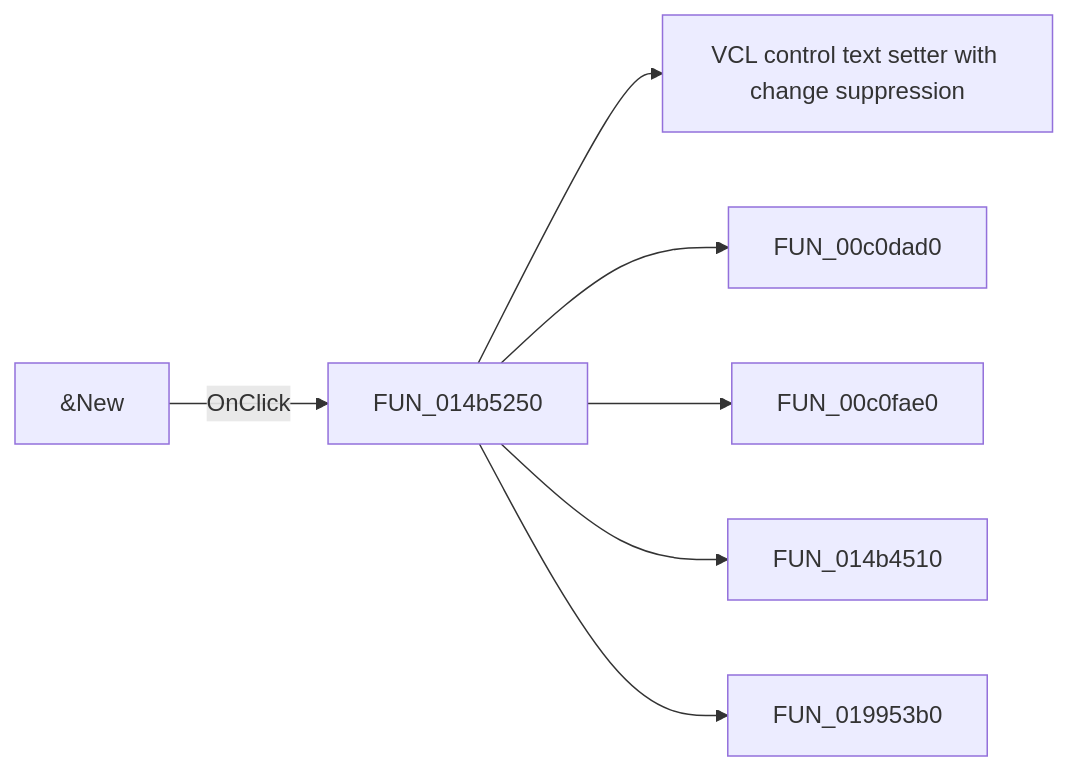
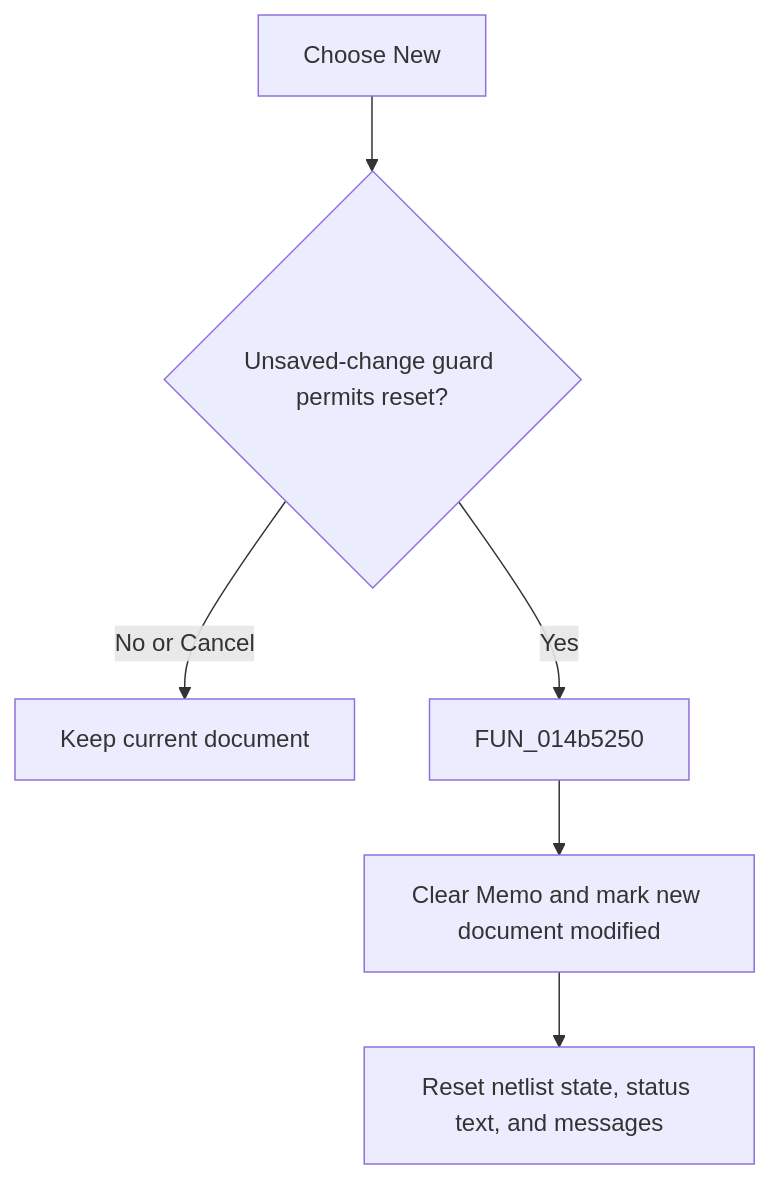
The diagram in docs/ui-controls/netlistviewer/minew-3db7cf9213.md (MovGP0/TIARA), drawn with Mermaid before and after one commit. The commit also changed other lines of this file and 1062 other files, not shown here.

````diff
--- a/docs/ui-controls/netlistviewer/minew-3db7cf9213.md
+++ b/docs/ui-controls/netlistviewer/minew-3db7cf9213.md
@@ -27,9 +27,8 @@
 ```mermaid
-flowchart LR
-    control["&New"] -->|OnClick| handler["FUN_014b5250"]
-    handler --> call1["VCL control text setter with change suppression"]
-    handler --> call2["FUN_00c0dad0"]
-    handler --> call3["FUN_00c0fae0"]
-    handler --> call4["FUN_014b4510"]
-    handler --> call5["FUN_019953b0"]
+flowchart TD
+    control["Choose New"] --> guard{"Unsaved-change guard permits reset?"}
+    guard -->|No or Cancel| stop["Keep current document"]
+    guard -->|Yes| handler["FUN_014b5250"]
+    handler --> clear["Clear Memo and mark new document modified"]
+    clear --> reset["Reset netlist state, status text, and messages"]
 ```
````
